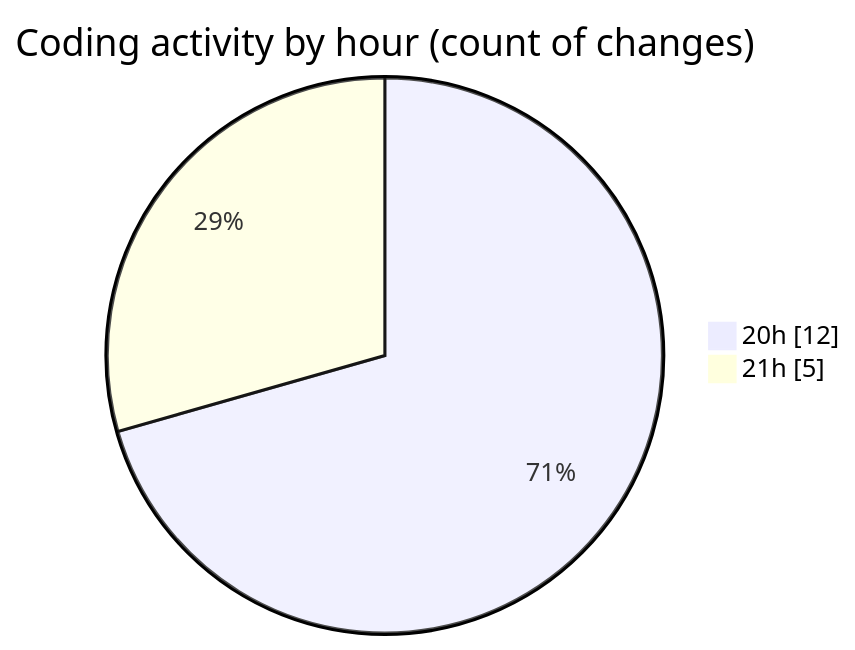
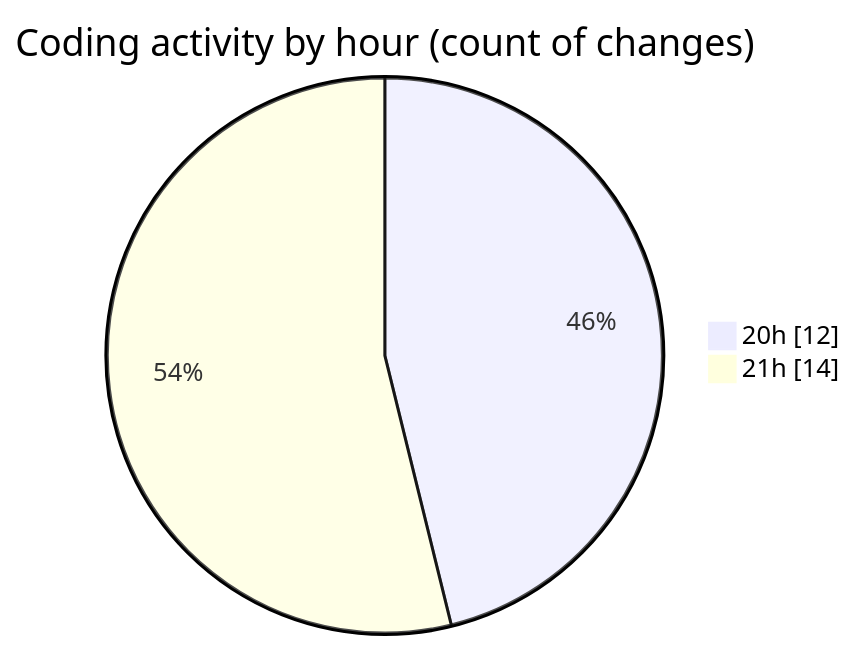
The second of 2 diagrams in 2025-04-24/echo/README.md (Netris89/code-tracking), drawn with Mermaid before and after one commit. The commit also changed other lines of this file and 1 other file, not shown here.

````diff
--- a/2025-04-24/echo/README.md
+++ b/2025-04-24/echo/README.md
@@ -28,6 +28,6 @@
 ```mermaid
 pie showData
 title Coding activity by hour (count of changes)
 "20h" : 12
-"21h" : 5
+"21h" : 14
 ```
````
